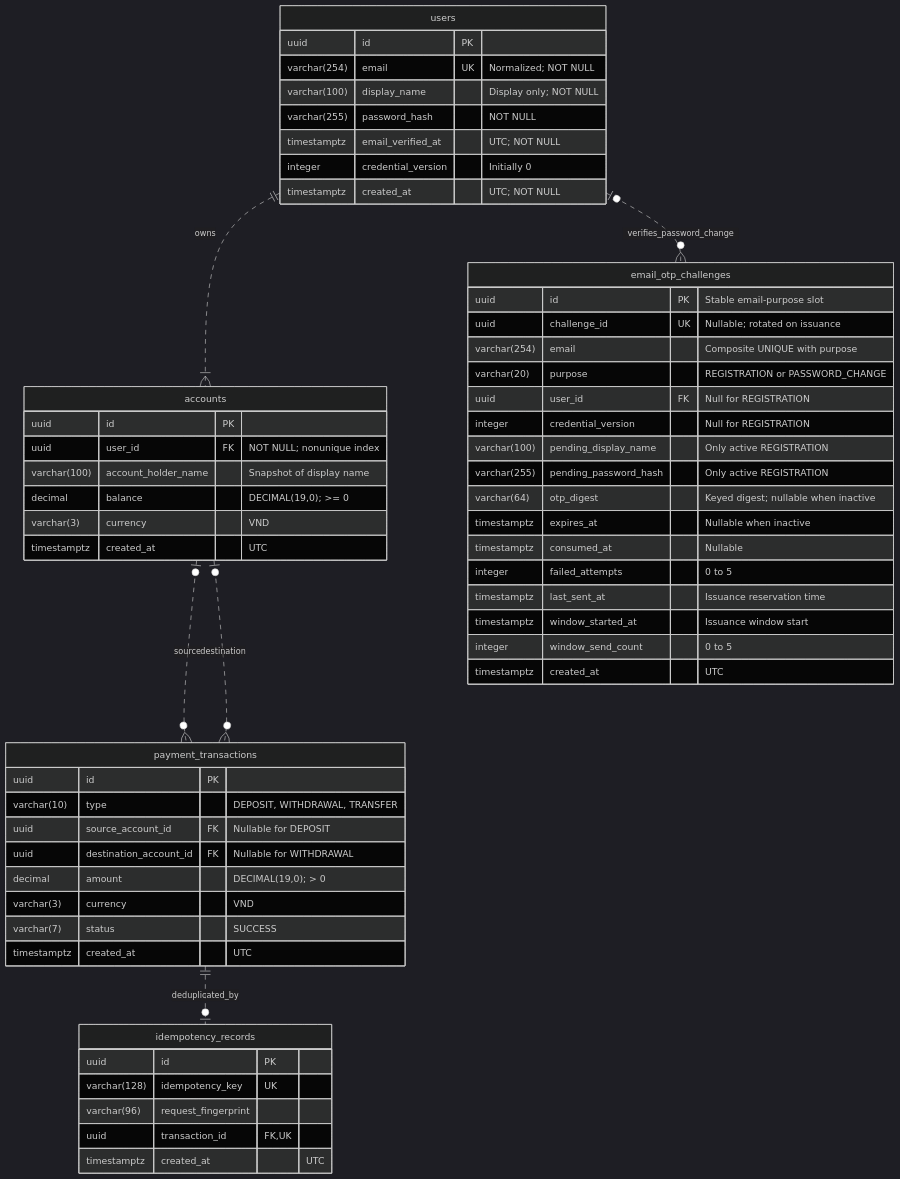
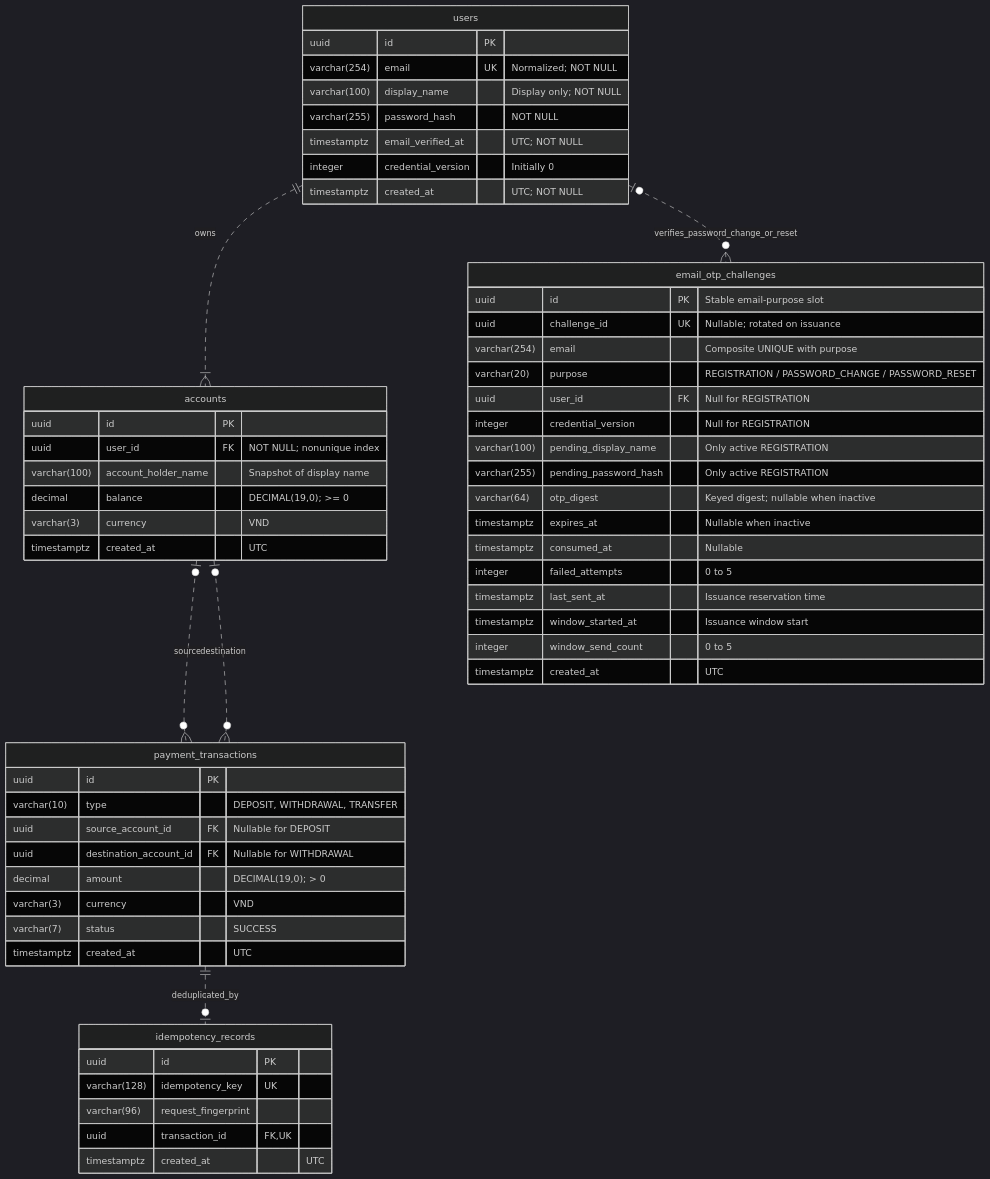
Before and after one commit to minh14122004/java-payment-processing-system: the diagram in docs/database-erd.md, drawn with Mermaid (dark theme). The commit also changed other lines of this file and 51 other files, not shown here.

````diff
--- a/docs/database-erd.md
+++ b/docs/database-erd.md
@@ -5,65 +5,65 @@
 ```mermaid
 erDiagram
     users ||..|{ accounts : owns
     accounts o|..o{ payment_transactions : source
     accounts o|..o{ payment_transactions : destination
     payment_transactions ||..o| idempotency_records : deduplicated_by
-    users o|..o{ email_otp_challenges : verifies_password_change
+    users o|..o{ email_otp_challenges : verifies_password_change_or_reset
 
     users {
         uuid id PK
         varchar(254) email UK "Normalized; NOT NULL"
         varchar(100) display_name "Display only; NOT NULL"
         varchar(255) password_hash "NOT NULL"
         timestamptz email_verified_at "UTC; NOT NULL"
         integer credential_version "Initially 0"
         timestamptz created_at "UTC; NOT NULL"
     }
 
     accounts {
         uuid id PK
         uuid user_id FK "NOT NULL; nonunique index"
         varchar(100) account_holder_name "Snapshot of display name"
         decimal balance "DECIMAL(19,0); >= 0"
         varchar(3) currency "VND"
         timestamptz created_at "UTC"
     }
 
     payment_transactions {
         uuid id PK
         varchar(10) type "DEPOSIT, WITHDRAWAL, TRANSFER"
         uuid source_account_id FK "Nullable for DEPOSIT"
         uuid destination_account_id FK "Nullable for WITHDRAWAL"
         decimal amount "DECIMAL(19,0); > 0"
         varchar(3) currency "VND"
         varchar(7) status "SUCCESS"
         timestamptz created_at "UTC"
     }
 
     idempotency_records {
         uuid id PK
         varchar(128) idempotency_key UK
         varchar(96) request_fingerprint
         uuid transaction_id FK, UK
         timestamptz created_at "UTC"
     }
 
     email_otp_challenges {
         uuid id PK "Stable email-purpose slot"
         uuid challenge_id UK "Nullable; rotated on issuance"
         varchar(254) email "Composite UNIQUE with purpose"
-        varchar(20) purpose "REGISTRATION or PASSWORD_CHANGE"
+        varchar(20) purpose "REGISTRATION / PASSWORD_CHANGE / PASSWORD_RESET"
         uuid user_id FK "Null for REGISTRATION"
         integer credential_version "Null for REGISTRATION"
         varchar(100) pending_display_name "Only active REGISTRATION"
         varchar(255) pending_password_hash "Only active REGISTRATION"
         varchar(64) otp_digest "Keyed digest; nullable when inactive"
         timestamptz expires_at "Nullable when inactive"
         timestamptz consumed_at "Nullable"
         integer failed_attempts "0 to 5"
         timestamptz last_sent_at "Issuance reservation time"
         timestamptz window_started_at "Issuance window start"
         integer window_send_count "0 to 5"
         timestamptz created_at "UTC"
     }
 ```
````
